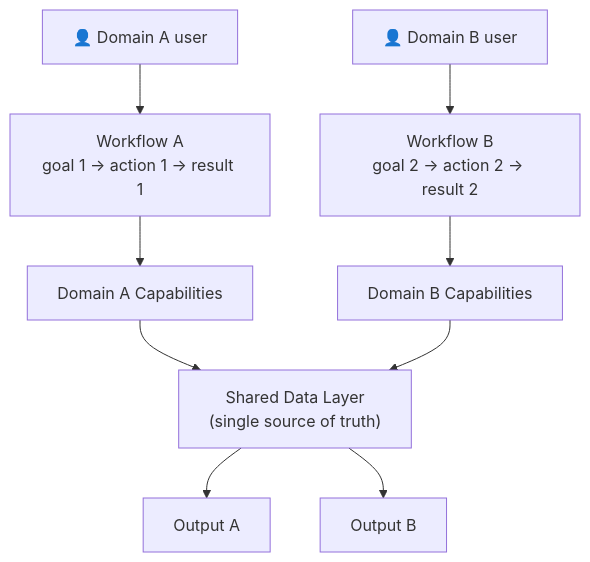
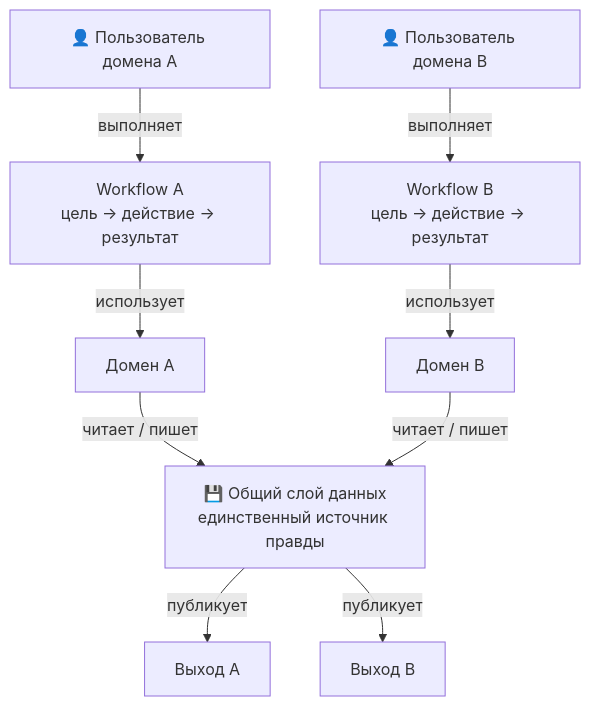
One commit to cait-solutions/it-dev-methodology changed the fourth of 4 diagrams in templates/USER-MAP.template.md. Above: the diagram before and after it, drawn with Mermaid. The commit also changed other lines of this file and 3 other files, not shown here.

````diff
--- a/templates/USER-MAP.template.md
+++ b/templates/USER-MAP.template.md
@@ -149,17 +221,17 @@
 ```mermaid
 graph TD
-    User1["👤 Domain A user"]
-    User2["👤 Domain B user"]
-    
-    User1 --> WF1["Workflow A<br/>goal 1 → action 1 → result 1"]
-    User2 --> WF2["Workflow B<br/>goal 2 → action 2 → result 2"]
-    
-    WF1 --> DomA["Domain A Capabilities"]
-    WF2 --> DomB["Domain B Capabilities"]
-    
-    DomA --> SharedData["Shared Data Layer<br/>(single source of truth)"]
-    DomB --> SharedData
-    
-    SharedData --> IntegrationA["Output A"]
-    SharedData --> IntegrationB["Output B"]
+    User1["👤 Пользователь домена A"]
+    User2["👤 Пользователь домена B"]
+
+    User1 -->|"выполняет"| WF1["Workflow A<br/>цель → действие → результат"]
+    User2 -->|"выполняет"| WF2["Workflow B<br/>цель → действие → результат"]
+
+    WF1 -->|"использует"| DomA["Домен A"]
+    WF2 -->|"использует"| DomB["Домен B"]
+
+    DomA -->|"читает / пишет"| SharedData["💾 Общий слой данных<br/>единственный источник правды"]
+    DomB -->|"читает / пишет"| SharedData
+
+    SharedData -->|"публикует"| IntA["Выход A"]
+    SharedData -->|"публикует"| IntB["Выход B"]
 ```
````
